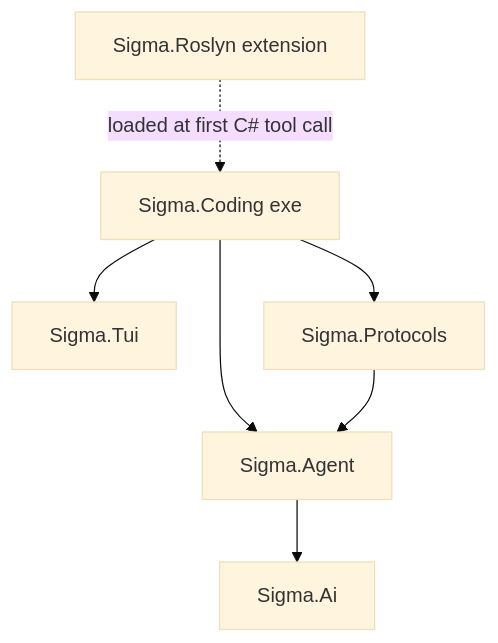
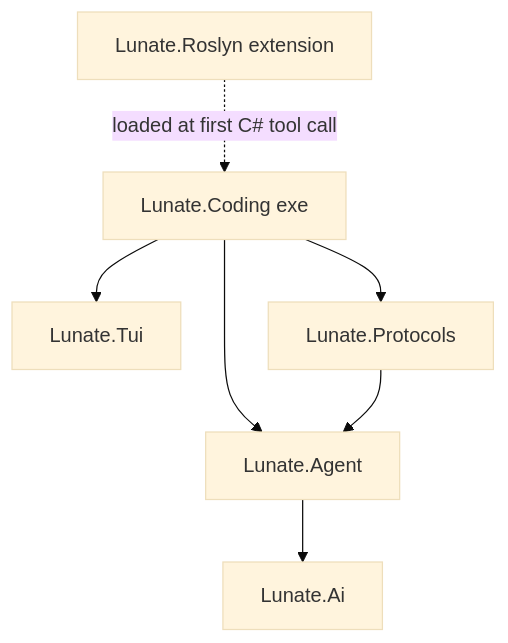
The diagram in openspec/changes/add-repo-skeleton/design.md (wdaniel1993/lunate), drawn with Mermaid (base theme) before and after one commit. The commit also changed other lines of this file and 10 other files, not shown here.

Commit message:
rename: Sigma → Lunate (product, namespaces, command, data dir) + guide v3 (OpenCode workflow)

````diff
--- a/openspec/changes/add-repo-skeleton/design.md
+++ b/openspec/changes/add-repo-skeleton/design.md
@@ -7,9 +7,9 @@
 ```mermaid
 flowchart TD
-  Coding[Sigma.Coding exe] --> Tui[Sigma.Tui]
-  Coding --> Protocols[Sigma.Protocols]
-  Coding --> Agent[Sigma.Agent]
+  Coding[Lunate.Coding exe] --> Tui[Lunate.Tui]
+  Coding --> Protocols[Lunate.Protocols]
+  Coding --> Agent[Lunate.Agent]
   Protocols --> Agent
-  Agent --> Ai[Sigma.Ai]
-  Roslyn[Sigma.Roslyn extension] -.->|loaded at first C# tool call| Coding
+  Agent --> Ai[Lunate.Ai]
+  Roslyn[Lunate.Roslyn extension] -.->|loaded at first C# tool call| Coding
 ```
````
